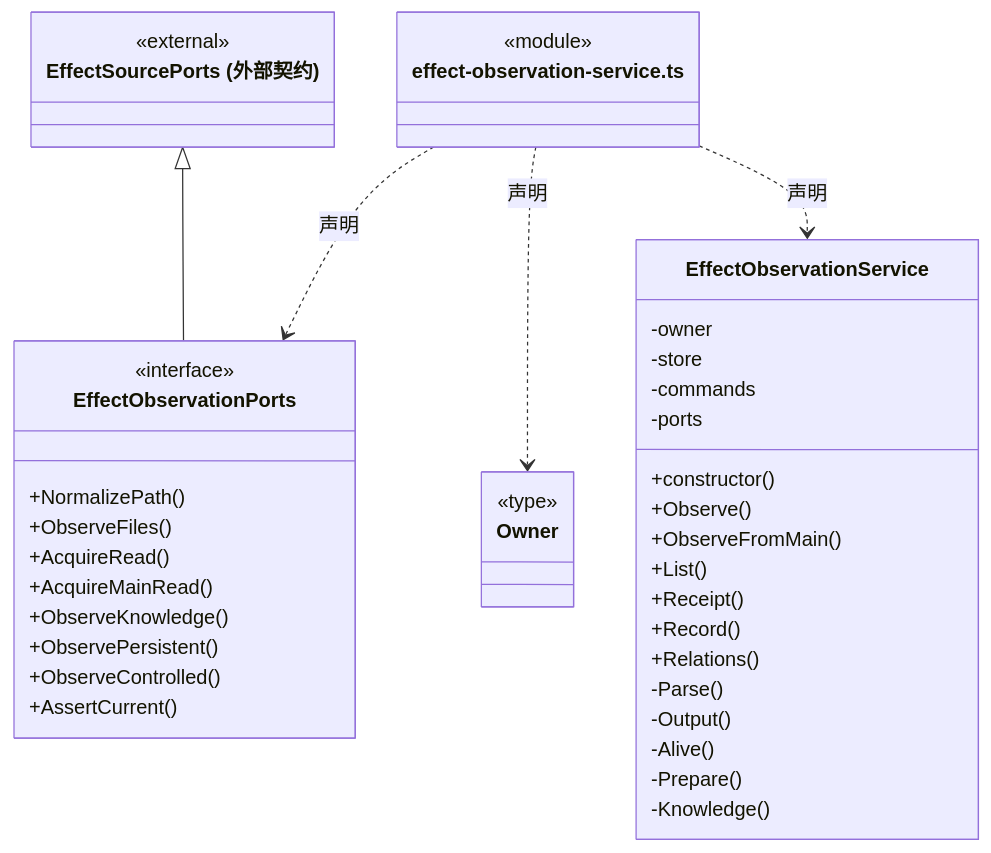
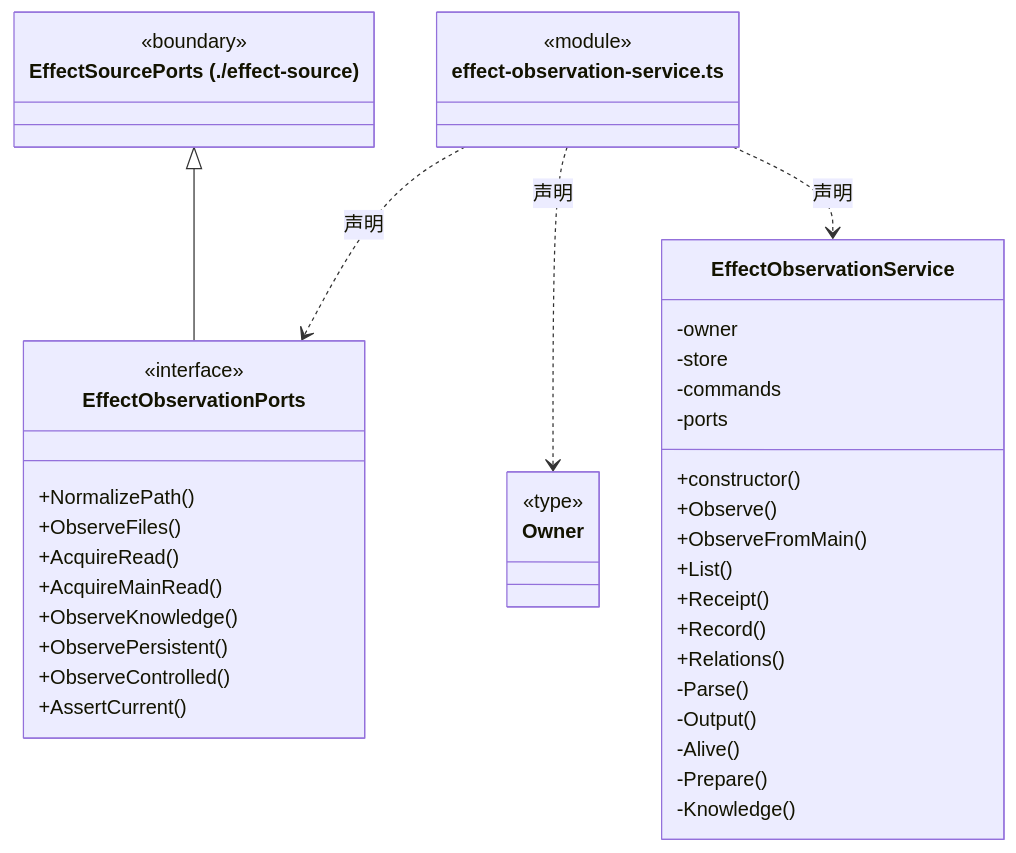
Before and after one commit to nan023062/cbim: the seventh of 23 diagrams in src/logic/evidence/runtime/ARCHITECTURE.md, drawn with Mermaid. The commit also changed other lines of this file and 112 other files, not shown here.

Commit message:
docs: align source architecture with current declarations and contracts

````diff
--- a/src/logic/evidence/runtime/ARCHITECTURE.md
+++ b/src/logic/evidence/runtime/ARCHITECTURE.md
@@ -228,46 +228,46 @@
 ```mermaid
 classDiagram
 class N_src_logic_evidence_runtime_effect_observation_service_ts["effect-observation-service.ts"] {
   <<module>>
 }
 class N_src_logic_evidence_runtime_effect_observation_service_ts_EffectObservationPorts["EffectObservationPorts"] {
   <<interface>>
   +NormalizePath()
   +ObserveFiles()
   +AcquireRead()
   +AcquireMainRead()
   +ObserveKnowledge()
   +ObservePersistent()
   +ObserveControlled()
   +AssertCurrent()
 }
 N_src_logic_evidence_runtime_effect_observation_service_ts ..> N_src_logic_evidence_runtime_effect_observation_service_ts_EffectObservationPorts : 声明
-class N_src_logic_evidence_runtime_effect_observation_service_ts_external_EffectSourcePorts["EffectSourcePorts (外部契约)"] {
-  <<external>>
+class N_src_logic_evidence_runtime_effect_observation_service_ts_external_EffectSourcePorts["EffectSourcePorts (./effect-source)"] {
+  <<boundary>>
 }
 N_src_logic_evidence_runtime_effect_observation_service_ts_external_EffectSourcePorts <|-- N_src_logic_evidence_runtime_effect_observation_service_ts_EffectObservationPorts
 class N_src_logic_evidence_runtime_effect_observation_service_ts_Owner["Owner"] {
   <<type>>
 
 }
 N_src_logic_evidence_runtime_effect_observation_service_ts ..> N_src_logic_evidence_runtime_effect_observation_service_ts_Owner : 声明
 class N_src_logic_evidence_runtime_effect_observation_service_ts_EffectObservationService["EffectObservationService"] {
   +constructor()
   +Observe()
   +ObserveFromMain()
   +List()
   +Receipt()
   +Record()
   +Relations()
   -owner
   -store
   -commands
   -ports
   -Parse()
   -Output()
   -Alive()
   -Prepare()
   -Knowledge()
 }
 N_src_logic_evidence_runtime_effect_observation_service_ts ..> N_src_logic_evidence_runtime_effect_observation_service_ts_EffectObservationService : 声明
 ```
````
